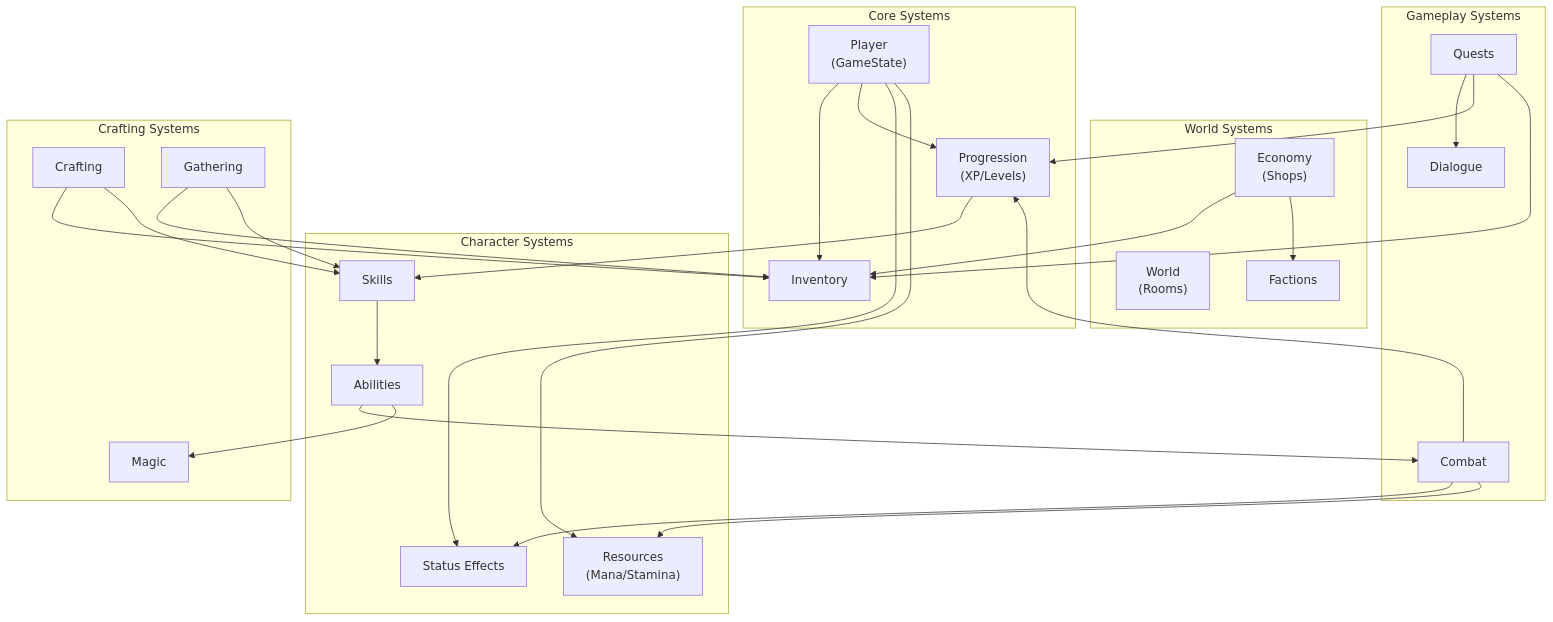
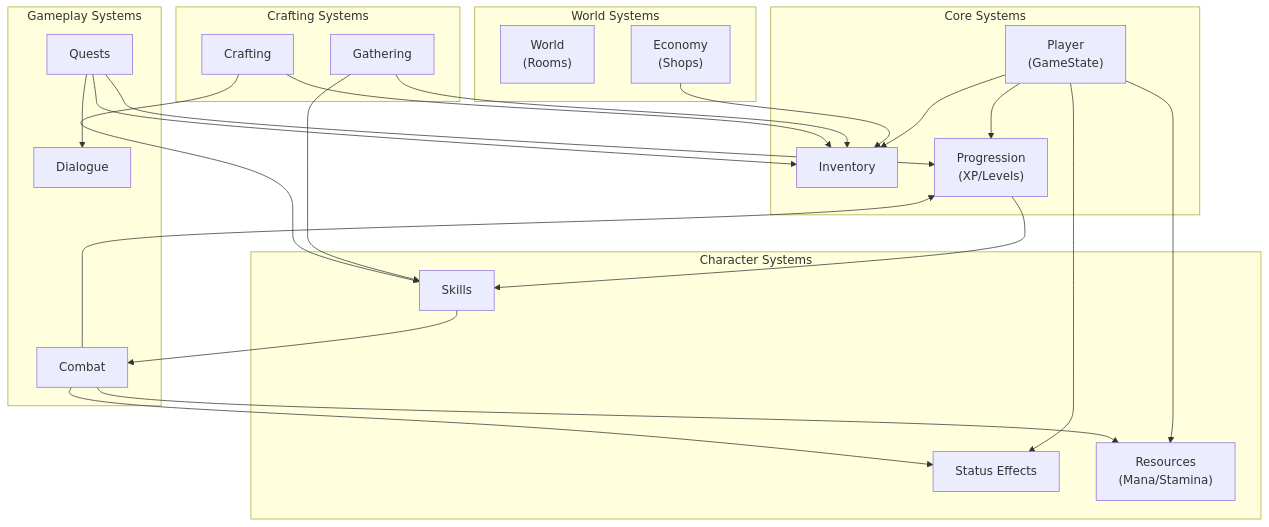
The sixth of 9 diagrams in docs/architecture/diagrams.md (lorecrafting/lokacore), drawn with Mermaid before and after one commit. The commit also changed other lines of this file and 34 other files, not shown here.

````diff
--- a/docs/architecture/diagrams.md
+++ b/docs/architecture/diagrams.md
@@ -247,59 +247,53 @@
 ```mermaid
 flowchart TB
     subgraph Core["Core Systems"]
         Player["Player\n(GameState)"]
         Inventory["Inventory"]
         Progression["Progression\n(XP/Levels)"]
     end
 
     subgraph Character["Character Systems"]
-        Abilities["Abilities"]
         Skills["Skills"]
         Status["Status Effects"]
         Resources["Resources\n(Mana/Stamina)"]
     end
 
     subgraph World["World Systems"]
         WorldSys["World\n(Rooms)"]
         Economy["Economy\n(Shops)"]
-        Faction["Factions"]
     end
 
     subgraph Gameplay["Gameplay Systems"]
         Combat["Combat"]
         Quest["Quests"]
         Dialogue["Dialogue"]
     end
 
     subgraph Crafting["Crafting Systems"]
         CraftSys["Crafting"]
         Gathering["Gathering"]
-        Magic["Magic"]
     end
 
     Player --> Inventory
     Player --> Progression
     Player --> Status
     Player --> Resources
 
     Progression --> Skills
-    Skills --> Abilities
-    Abilities --> Combat
-    Abilities --> Magic
+    Skills --> Combat
 
     Combat --> Status
     Combat --> Resources
     Combat --> Progression
 
     Quest --> Dialogue
     Quest --> Progression
     Quest --> Inventory
 
     Economy --> Inventory
-    Economy --> Faction
 
     Gathering --> Inventory
     Gathering --> Skills
     CraftSys --> Inventory
     CraftSys --> Skills
 ```
````
